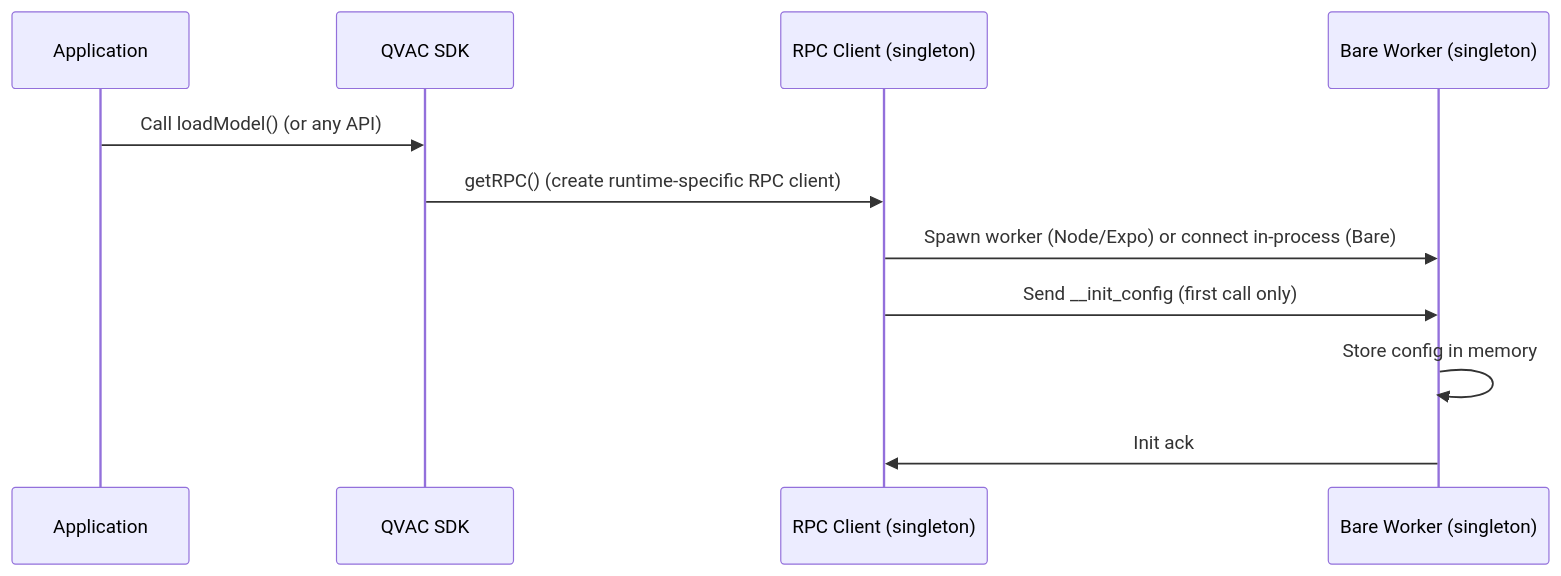
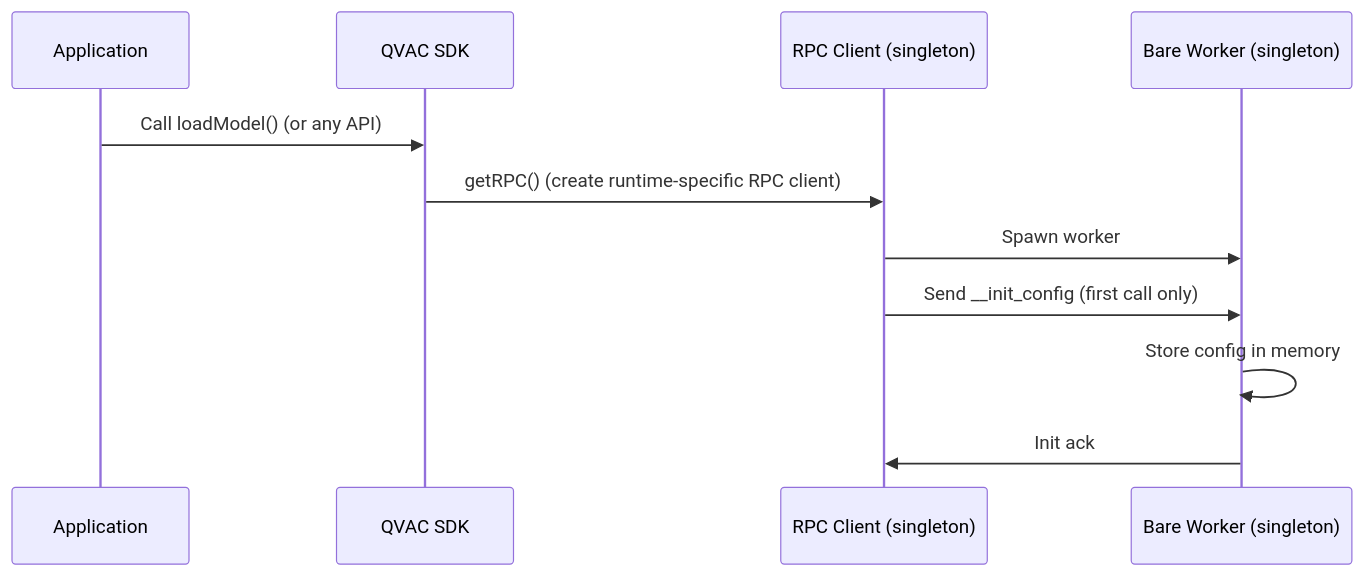
Before and after one commit to Zbig9000/qvac: the first of 4 diagrams in docs/website/content/docs/about/how-it-works.mdx, drawn with Mermaid. The commit also changed other lines of this file and 7 other files, not shown here.

````diff
--- a/docs/website/content/docs/about/how-it-works.mdx
+++ b/docs/website/content/docs/about/how-it-works.mdx
@@ -13,14 +13,14 @@
 ```mermaid
 sequenceDiagram
     participant App as Application
     participant SDK as QVAC SDK
     participant RPC as RPC Client (singleton)
     participant Worker as Bare Worker (singleton)
 
     App->>SDK: Call loadModel() (or any API)
     SDK->>RPC: getRPC() (create runtime-specific RPC client)
-    RPC->>Worker: Spawn worker (Node/Expo) or connect in-process (Bare)
+    RPC->>Worker: Spawn worker
     RPC->>Worker: Send __init_config (first call only)
     Worker->>Worker: Store config in memory
     Worker->>RPC: Init ack
 ```
````
